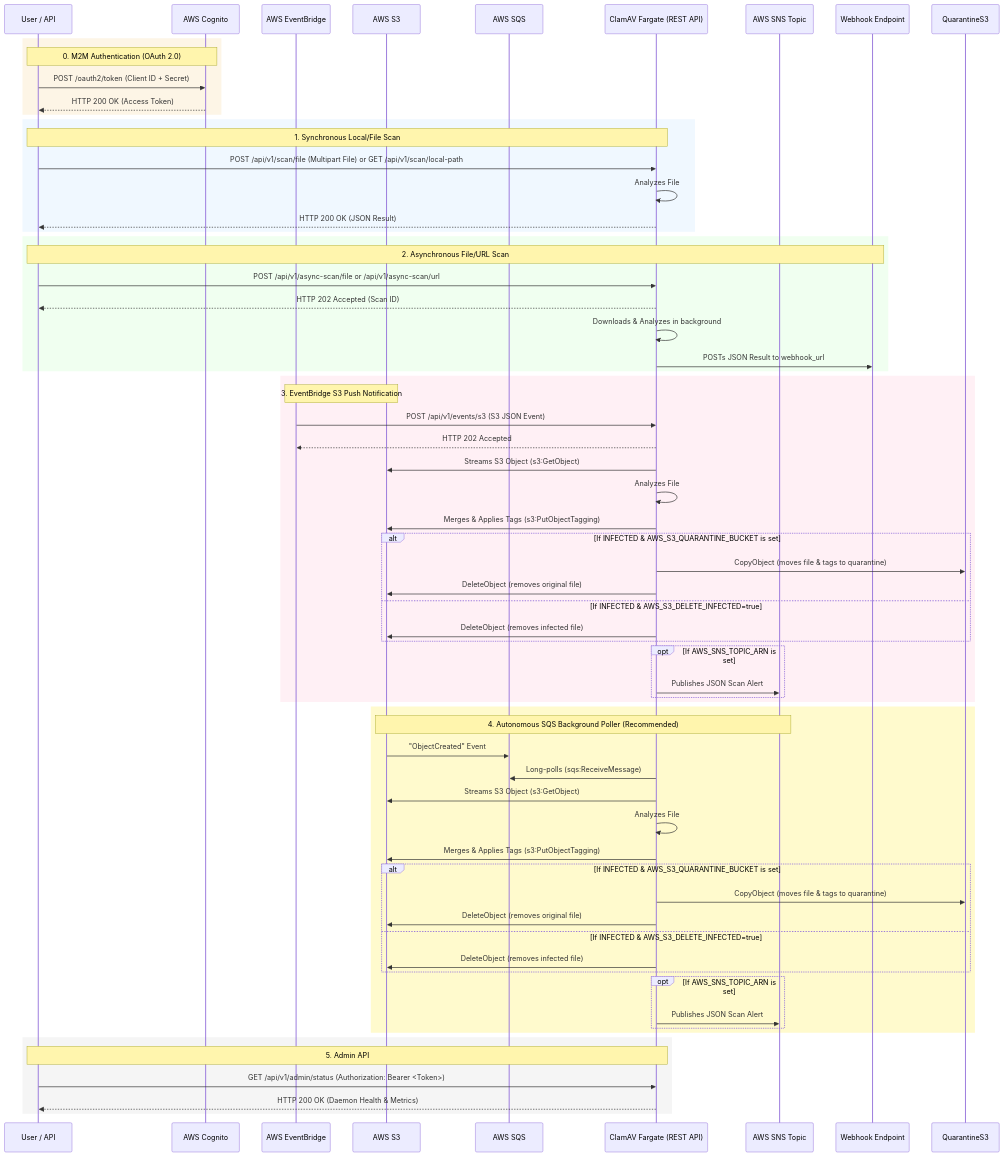
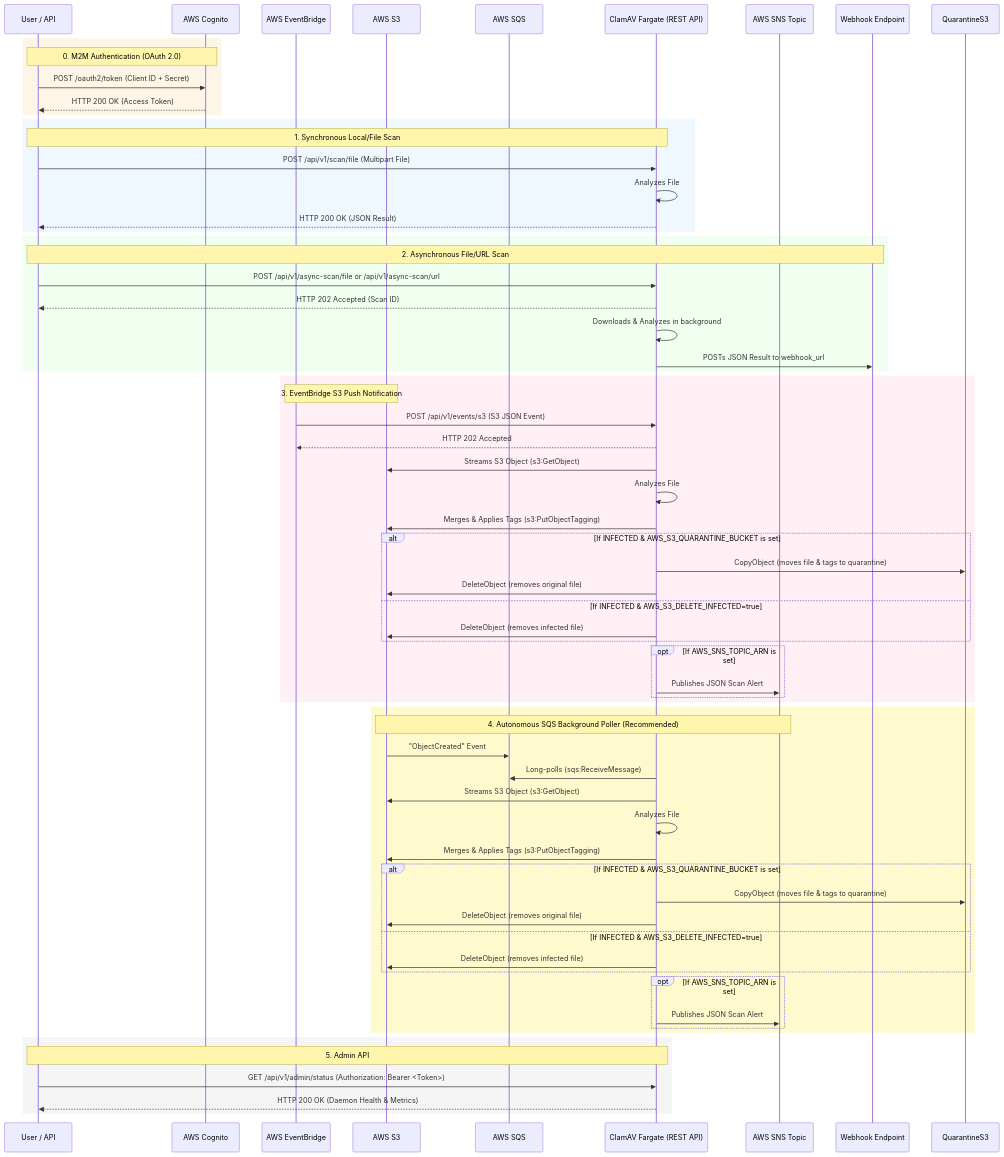
The diagram in README.md (amithalder21/clamav-restapi), drawn with Mermaid before and after one commit. The commit also changed other lines of this file and 4 other files, not shown here.

Commit message:
feat: remove local-path scan feature entirely

````diff
--- a/README.md
+++ b/README.md
@@ -37,80 +37,80 @@
 ```mermaid
 sequenceDiagram
     participant Client as User / API
     participant Cognito as AWS Cognito
     participant EventBridge as AWS EventBridge
     participant S3 as AWS S3
     participant SQS as AWS SQS
     participant ClamAV as ClamAV Fargate (REST API)
     participant SNS as AWS SNS Topic
     participant Webhook as Webhook Endpoint
 
     %% 0. M2M Authentication (Client Credentials Grant)
     rect rgb(253, 245, 230)
         Note over Client, Cognito: 0. M2M Authentication (OAuth 2.0)
         Client->>Cognito: POST /oauth2/token (Client ID + Secret)
         Cognito-->>Client: HTTP 200 OK (Access Token)
     end
 
     %% 1. Synchronous Scan
     rect rgb(240, 248, 255)
         Note over Client, ClamAV: 1. Synchronous Local/File Scan
-        Client->>ClamAV: POST /api/v1/scan/file (Multipart File) or GET /api/v1/scan/local-path
+        Client->>ClamAV: POST /api/v1/scan/file (Multipart File)
         ClamAV->>ClamAV: Analyzes File
         ClamAV-->>Client: HTTP 200 OK (JSON Result)
     end
 
     %% 2. Asynchronous Scan
     rect rgb(240, 255, 240)
         Note over Client, Webhook: 2. Asynchronous File/URL Scan
         Client->>ClamAV: POST /api/v1/async-scan/file or /api/v1/async-scan/url
         ClamAV-->>Client: HTTP 202 Accepted (Scan ID)
         ClamAV->>ClamAV: Downloads & Analyzes in background
         ClamAV->>Webhook: POSTs JSON Result to webhook_url
     end
 
     %% 3. Event-Driven S3 Push (EventBridge)
     rect rgb(255, 240, 245)
         Note over EventBridge, S3: 3. EventBridge S3 Push Notification
         EventBridge->>ClamAV: POST /api/v1/events/s3 (S3 JSON Event)
         ClamAV-->>EventBridge: HTTP 202 Accepted
         ClamAV->>S3: Streams S3 Object (s3:GetObject)
         ClamAV->>ClamAV: Analyzes File
         ClamAV->>S3: Merges & Applies Tags (s3:PutObjectTagging)
         alt If INFECTED & AWS_S3_QUARANTINE_BUCKET is set
             ClamAV->>QuarantineS3: CopyObject (moves file & tags to quarantine)
             ClamAV->>S3: DeleteObject (removes original file)
         else If INFECTED & AWS_S3_DELETE_INFECTED=true
             ClamAV->>S3: DeleteObject (removes infected file)
         end
         opt If AWS_SNS_TOPIC_ARN is set
             ClamAV->>SNS: Publishes JSON Scan Alert
         end
     end
 
     %% 4. Event-Driven SQS Pull (Autonomous)
     rect rgb(255, 250, 205)
         Note over S3, SNS: 4. Autonomous SQS Background Poller (Recommended)
         S3->>SQS: "ObjectCreated" Event
         ClamAV->>SQS: Long-polls (sqs:ReceiveMessage)
         ClamAV->>S3: Streams S3 Object (s3:GetObject)
         ClamAV->>ClamAV: Analyzes File
         ClamAV->>S3: Merges & Applies Tags (s3:PutObjectTagging)
         alt If INFECTED & AWS_S3_QUARANTINE_BUCKET is set
             ClamAV->>QuarantineS3: CopyObject (moves file & tags to quarantine)
             ClamAV->>S3: DeleteObject (removes original file)
         else If INFECTED & AWS_S3_DELETE_INFECTED=true
             ClamAV->>S3: DeleteObject (removes infected file)
         end
         opt If AWS_SNS_TOPIC_ARN is set
             ClamAV->>SNS: Publishes JSON Scan Alert
         end
     end
 
     %% 5. Admin API
     rect rgb(245, 245, 245)
         Note over Client, ClamAV: 5. Admin API
         Client->>ClamAV: GET /api/v1/admin/status (Authorization: Bearer <Token>)
         ClamAV-->>Client: HTTP 200 OK (Daemon Health & Metrics)
     end
 ```
````
